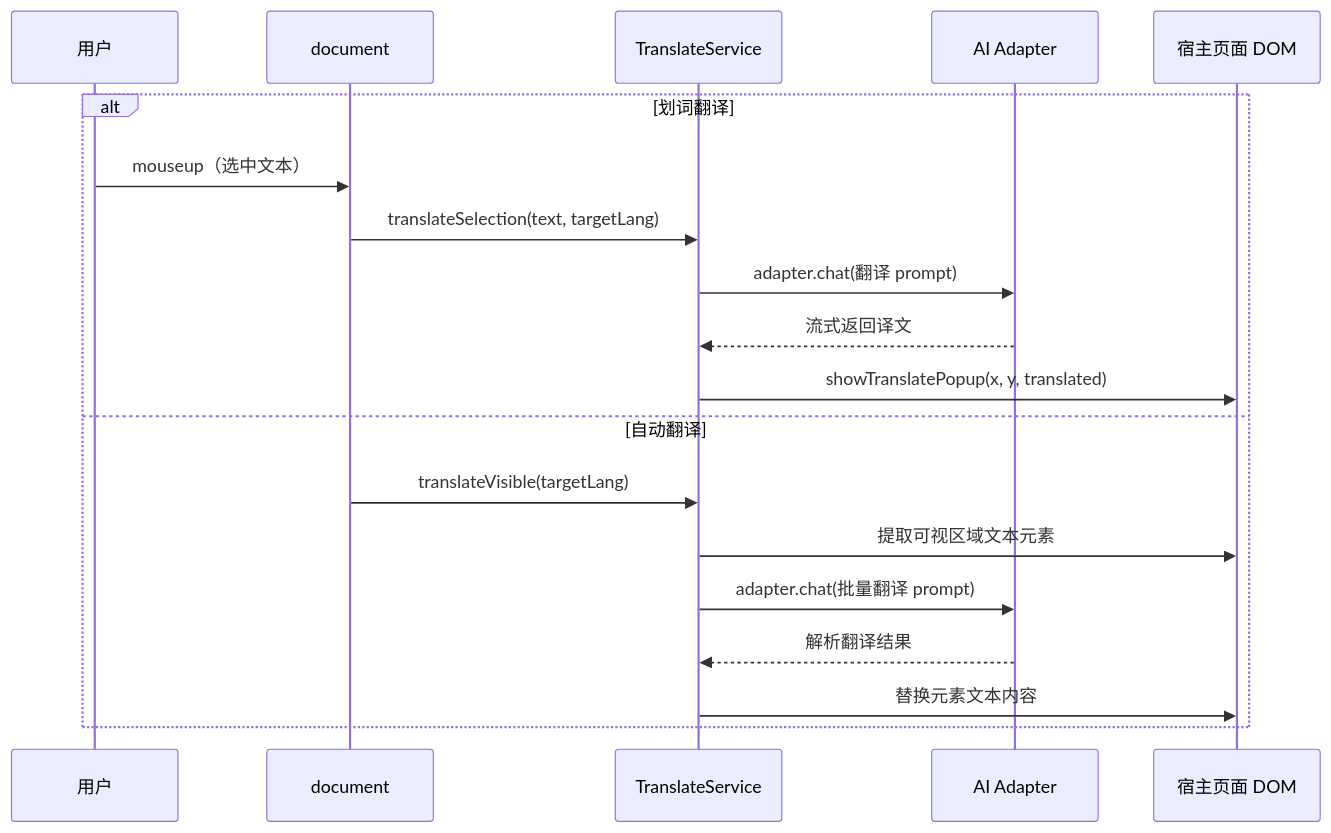
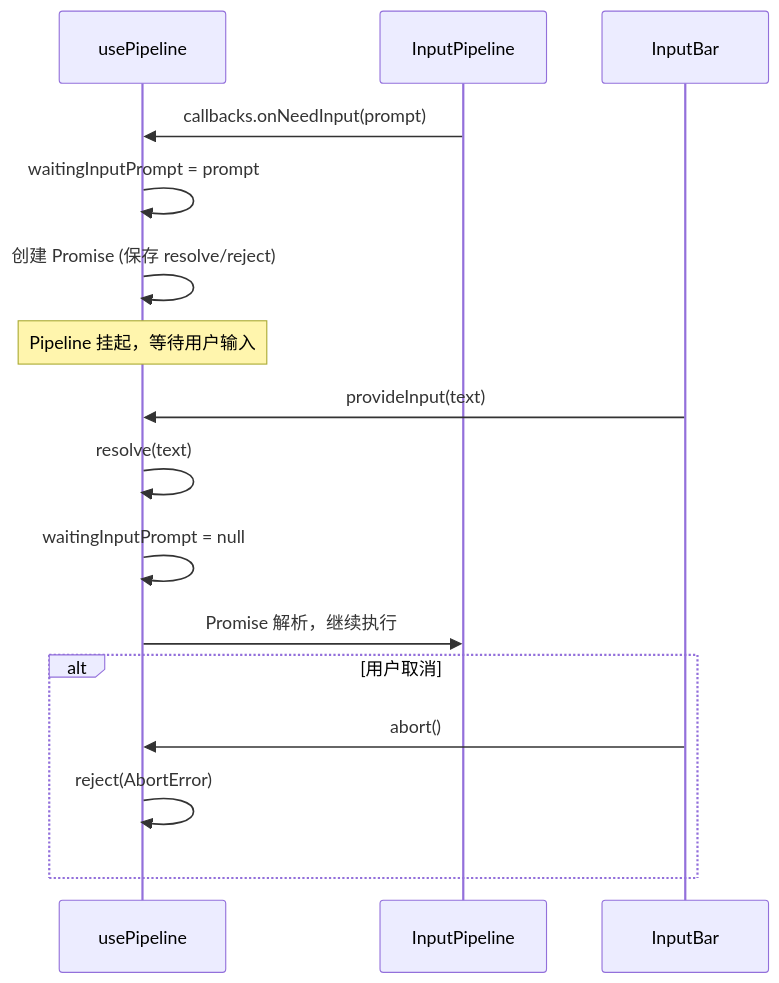
One commit to zw123zw/ai-browser changed the sixth of 8 diagrams in docs/architecture/content-script.md. Above: the diagram before and after it, drawn with Mermaid. The commit also changed other lines of this file and 42 other files, not shown here.

````diff
--- a/docs/architecture/content-script.md
+++ b/docs/architecture/content-script.md
@@ -370,22 +287,22 @@
 ```mermaid
 sequenceDiagram
-    participant User as 用户
-    participant Doc as document
-    participant TS as TranslateService
-    participant AI as AI Adapter
-    participant DOM as 宿主页面 DOM
+    participant Pipeline as usePipeline
+    participant AI as InputPipeline
+    participant UI as InputBar
 
-    alt 划词翻译
-        User->>Doc: mouseup（选中文本）
-        Doc->>TS: translateSelection(text, targetLang)
-        TS->>AI: adapter.chat(翻译 prompt)
-        AI-->>TS: 流式返回译文
-        TS->>DOM: showTranslatePopup(x, y, translated)
-    else 自动翻译
-        Doc->>TS: translateVisible(targetLang)
-        TS->>DOM: 提取可视区域文本元素
-        TS->>AI: adapter.chat(批量翻译 prompt)
-        AI-->>TS: 解析翻译结果
-        TS->>DOM: 替换元素文本内容
+    AI->>Pipeline: callbacks.onNeedInput(prompt)
+    Pipeline->>Pipeline: waitingInputPrompt = prompt
+    Pipeline->>Pipeline: 创建 Promise (保存 resolve/reject)
+
+    Note over Pipeline: Pipeline 挂起，等待用户输入
+
+    UI->>Pipeline: provideInput(text)
+    Pipeline->>Pipeline: resolve(text)
+    Pipeline->>Pipeline: waitingInputPrompt = null
+    Pipeline->>AI: Promise 解析，继续执行
+
+    alt 用户取消
+        UI->>Pipeline: abort()
+        Pipeline->>Pipeline: reject(AbortError)
     end
 ```
````
